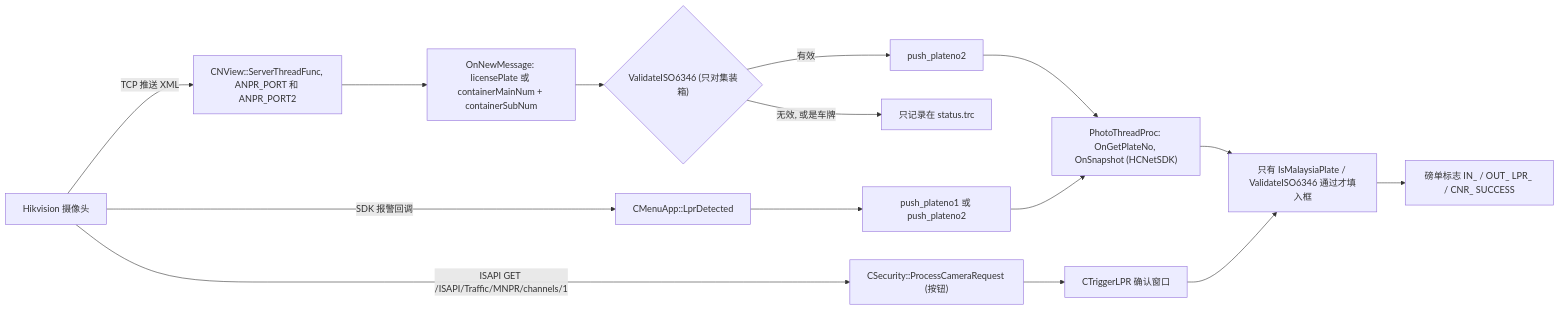
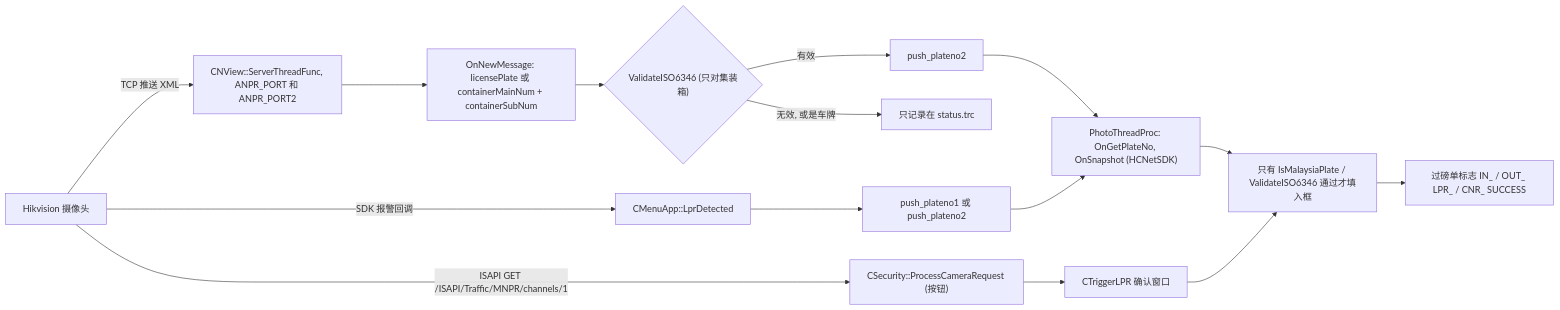
Before and after one commit to Domain-Application/Application_All_Cosmos: the seventh of 10 diagrams in docs/MODULE_REFERENCE.zh-CN.md, drawn with Mermaid. The commit also changed other lines of this file and 1 other file, not shown here.

Commit message:
docs: Chinese terms aligned (过磅单 for ticket, 合约 for contract) in glossary and prose, EN and zh-CN

````diff
--- a/docs/MODULE_REFERENCE.zh-CN.md
+++ b/docs/MODULE_REFERENCE.zh-CN.md
@@ -1077,17 +1077,17 @@
 ```mermaid
 flowchart LR
   CAMX["Hikvision 摄像头"] -- "TCP 推送 XML" --> SRV["CNView::ServerThreadFunc, ANPR_PORT 和 ANPR_PORT2"]
   SRV --> MSG["OnNewMessage: licensePlate 或 containerMainNum + containerSubNum"]
   MSG --> VAL{"ValidateISO6346 (只对集装箱)"}
   VAL -- "有效" --> PUSH["push_plateno2"]
   VAL -- "无效, 或是车牌" --> DROP["只记录在 status<yymmdd>.trc"]
   CAMX -- "SDK 报警回调" --> LPRD["CMenuApp::LprDetected"]
   LPRD --> PUSH2["push_plateno1 或 push_plateno2"]
   PUSH --> THR["PhotoThreadProc: OnGetPlateNo, OnSnapshot (HCNetSDK)"]
   PUSH2 --> THR
   CAMX -- "ISAPI GET /ISAPI/Traffic/MNPR/channels/1" --> PCR["CSecurity::ProcessCameraRequest (按钮)"]
   THR --> BOX["只有 IsMalaysiaPlate / ValidateISO6346 通过才填入框"]
   PCR --> TRG["CTriggerLPR 确认窗口"]
   TRG --> BOX
-  BOX --> TICKET["磅单标志 IN_ / OUT_ LPR_ / CNR_ SUCCESS"]
+  BOX --> TICKET["过磅单标志 IN_ / OUT_ LPR_ / CNR_ SUCCESS"]
 ```
````
